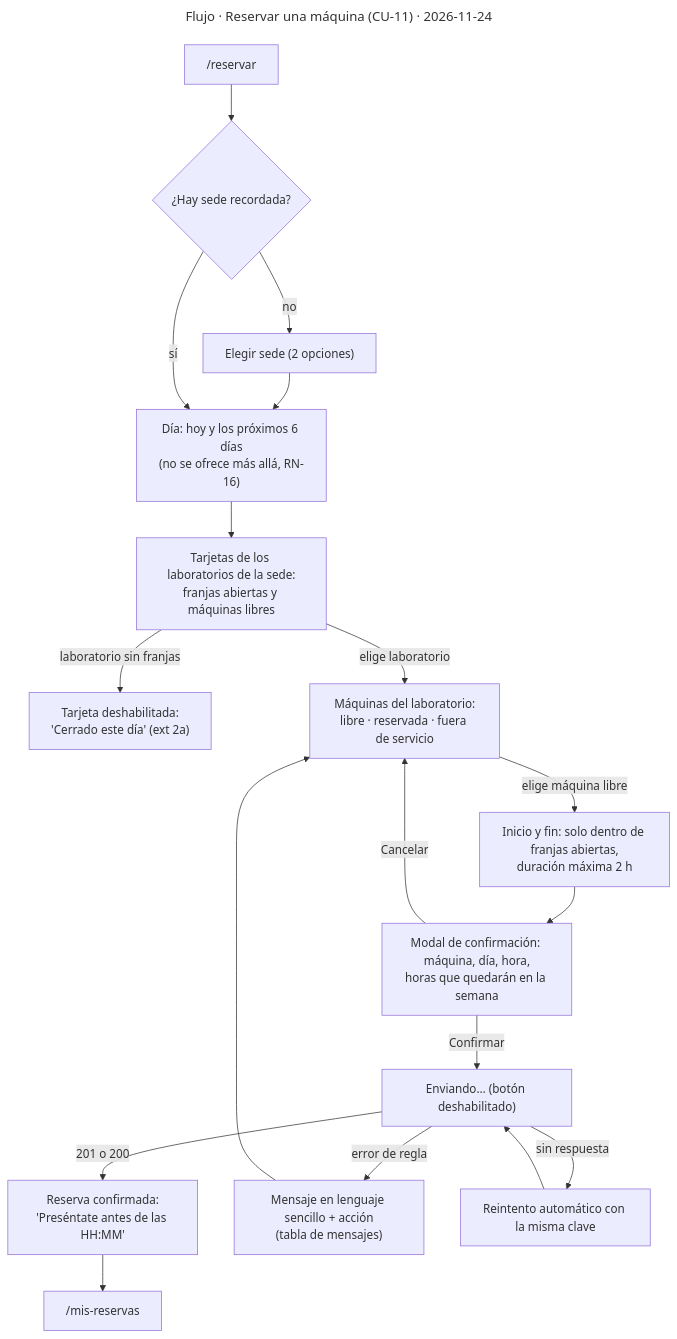
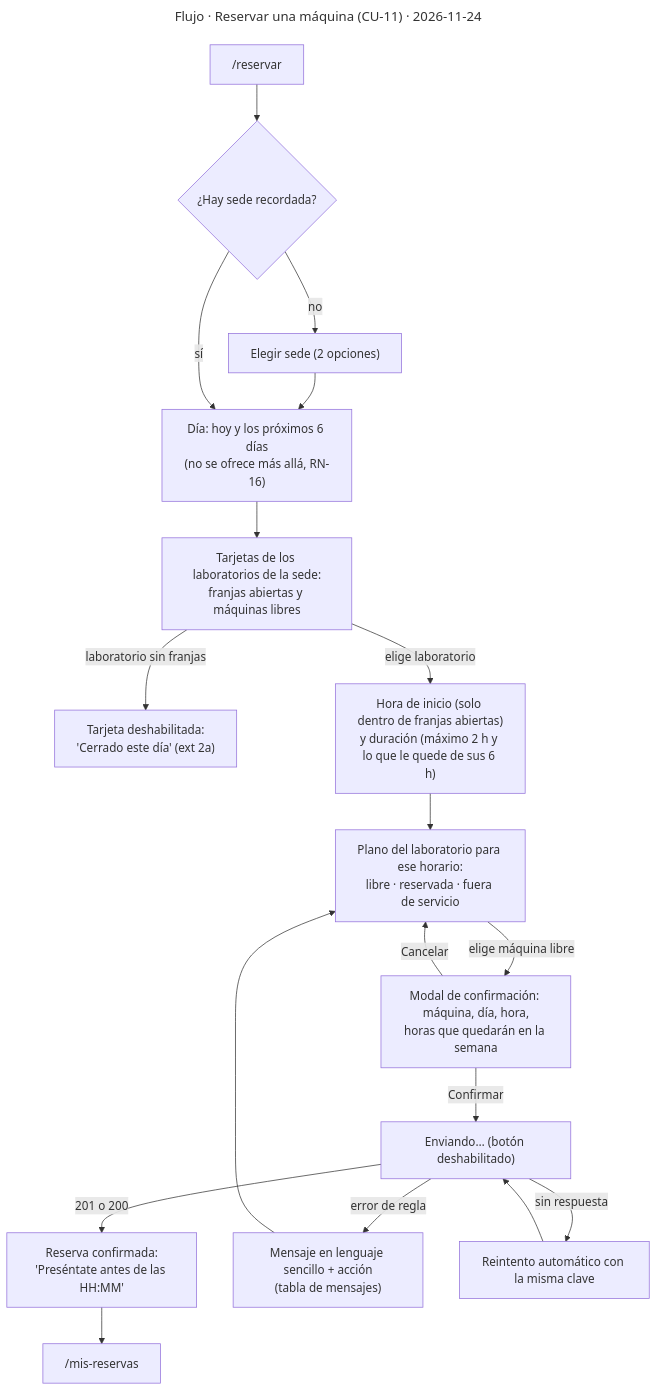
The third of 5 diagrams in docs/15-diseno-ux-ui.md (DiegoBS07/administracion-de-laboratorios-compulab), drawn with Mermaid before and after one commit. The commit also changed other lines of this file and 5 other files, not shown here.

````diff
--- a/docs/15-diseno-ux-ui.md
+++ b/docs/15-diseno-ux-ui.md
@@ -150,19 +150,19 @@
 ```mermaid
 ---
 title: Flujo · Reservar una máquina (CU-11) · 2026-11-24
 ---
 flowchart TB
     A["/reservar"] --> B{"¿Hay sede recordada?"}
     B -- "no" --> C["Elegir sede (2 opciones)"] --> D
     B -- "sí" --> D["Día: hoy y los próximos 6 días<br/>(no se ofrece más allá, RN-16)"]
     D --> E["Tarjetas de los laboratorios de la sede:<br/>franjas abiertas y máquinas libres"]
     E -- "laboratorio sin franjas" --> E2["Tarjeta deshabilitada:<br/>'Cerrado este día' (ext 2a)"]
-    E -- "elige laboratorio" --> F["Máquinas del laboratorio:<br/>libre · reservada · fuera de servicio"]
-    F -- "elige máquina libre" --> G["Inicio y fin: solo dentro de franjas abiertas,<br/>duración máxima 2 h"]
-    G --> H["Modal de confirmación: máquina, día, hora,<br/>horas que quedarán en la semana"]
+    E -- "elige laboratorio" --> G["Hora de inicio (solo dentro de franjas abiertas)<br/>y duración (máximo 2 h y lo que le quede de sus 6 h)"]
+    G --> F["Plano del laboratorio para ese horario:<br/>libre · reservada · fuera de servicio"]
+    F -- "elige máquina libre" --> H["Modal de confirmación: máquina, día, hora,<br/>horas que quedarán en la semana"]
     H -- "Cancelar" --> F
     H -- "Confirmar" --> I["Enviando… (botón deshabilitado)"]
     I -- "201 o 200" --> J["Reserva confirmada:<br/>'Preséntate antes de las HH:MM'"] --> K["/mis-reservas"]
     I -- "error de regla" --> L["Mensaje en lenguaje sencillo + acción<br/>(tabla de mensajes)"] --> F
     I -- "sin respuesta" --> M["Reintento automático con la misma clave"] --> I
 ```
````
